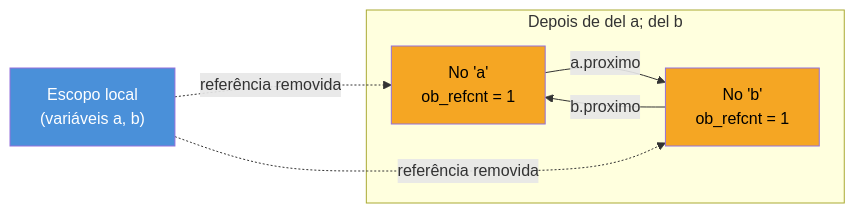
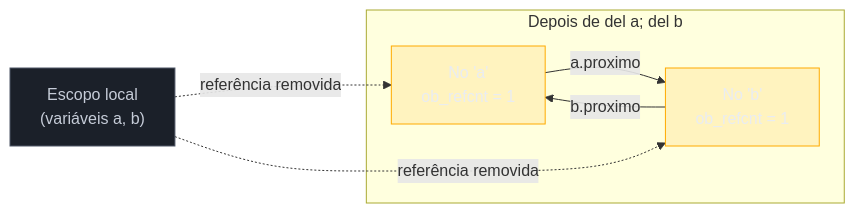
Before and after one commit to josenaldo/codex-technomanticus: the first of 2 diagrams in 03-Dominios/Tecnologia/Python/CPython internals/03 - Reference counting e o Garbage Collector geracional.md, drawn with Mermaid. The commit also changed other lines of this file and 1181 other files, not shown here.

First line of the commit message:
fix(diagramas): paleta do sistema no lugar de cor cravada no markdown

````diff
--- a/03-Dominios/Tecnologia/Python/CPython internals/03 - Reference counting e o Garbage Collector geracional.md
+++ b/03-Dominios/Tecnologia/Python/CPython internals/03 - Reference counting e o Garbage Collector geracional.md
@@ -89,14 +89,16 @@
 ```mermaid
 graph LR
+    classDef destaque fill:#FFAA0024,stroke:#FFAA00,color:#E9ECF2
+    classDef neutro fill:#1B2029,stroke:#4E5666,color:#C6CCD8
     subgraph "Depois de del a; del b"
         A["No 'a'<br/>ob_refcnt = 1"] -->|"a.proximo"| B["No 'b'<br/>ob_refcnt = 1"]
         B -->|"b.proximo"| A
     end
 
     ext["Escopo local<br/>(variáveis a, b)"] -.->|"referência removida"| A
     ext -.->|"referência removida"| B
 
-    style A fill:#F5A623,color:#000
-    style B fill:#F5A623,color:#000
-    style ext fill:#4A90D9,color:#fff
+    class A destaque
+    class B destaque
+    class ext neutro
 ```
````
